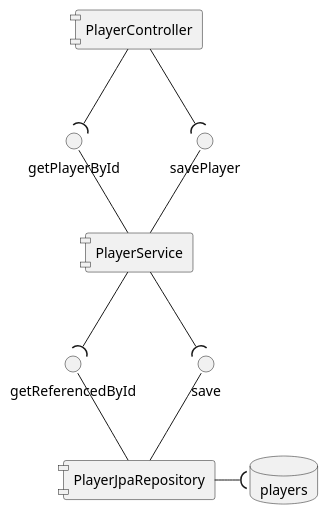
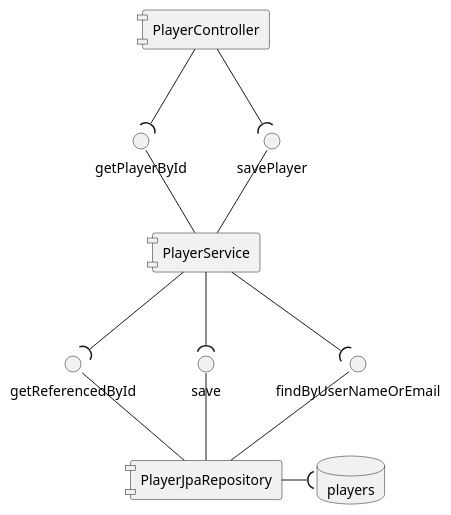
Before and after one commit to moliva177/myFirstSpringApiRest: the diagram in docs/diagrams/model/components.puml, drawn with PlantUML. The commit also changed 5 other files, not shown here.

```diff
--- a/docs/diagrams/model/components.puml
+++ b/docs/diagrams/model/components.puml
@@ -1,20 +1,23 @@
 @startuml
 
 skinparam componentStyle uml1
 
 database "players"
 
 [PlayerController] --(getPlayerById
 [PlayerController] --(savePlayer
 
 [PlayerService] --(getReferencedById
 [PlayerService] --(save
+[PlayerService] --(findByUserNameOrEmail
+
 getPlayerById -- [PlayerService]
 savePlayer -- [PlayerService]
 
 
 [PlayerJpaRepository] -("players"
 getReferencedById -- [PlayerJpaRepository]
 save -- [PlayerJpaRepository]
+findByUserNameOrEmail -- [PlayerJpaRepository]
 
 @enduml
```
